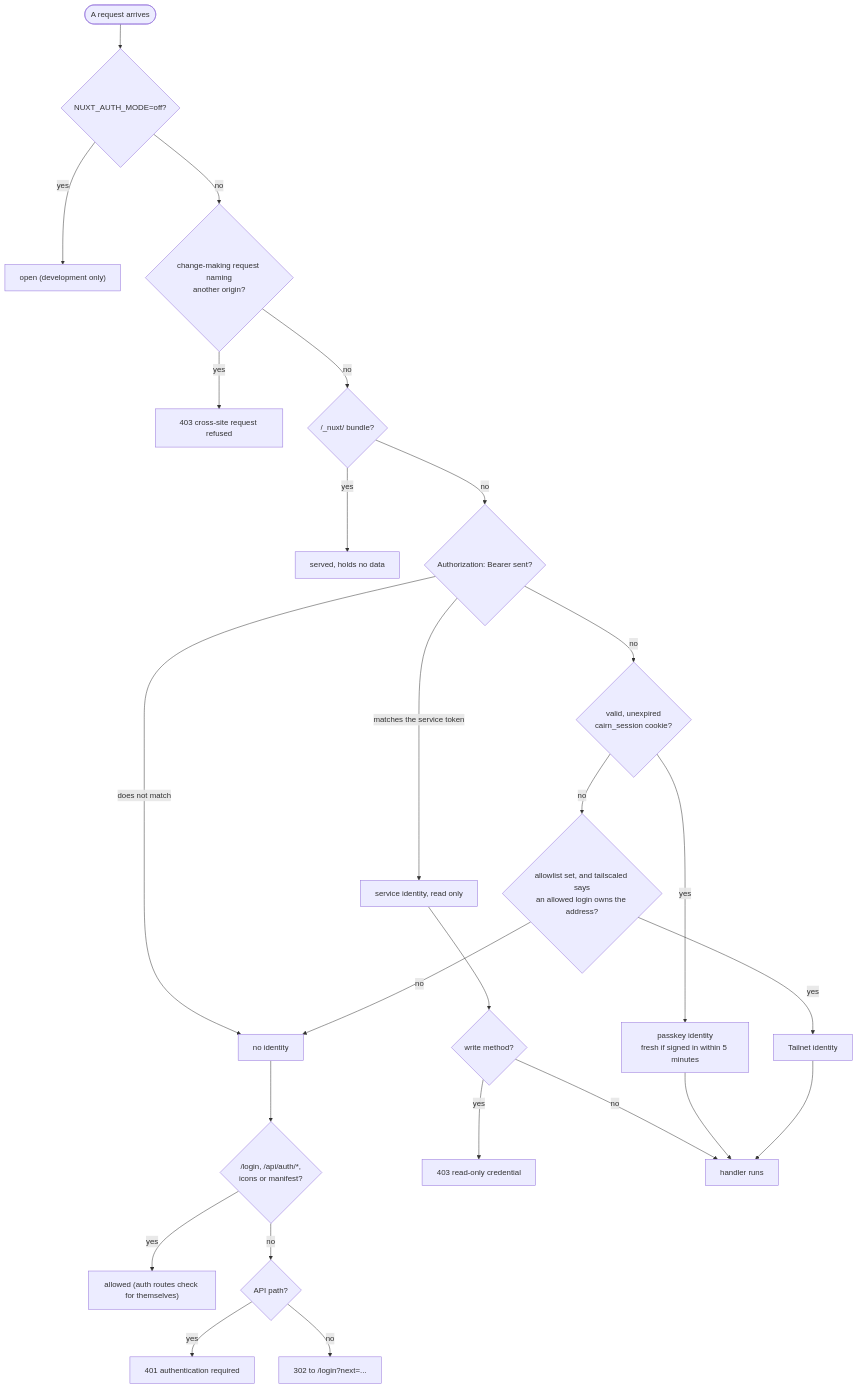
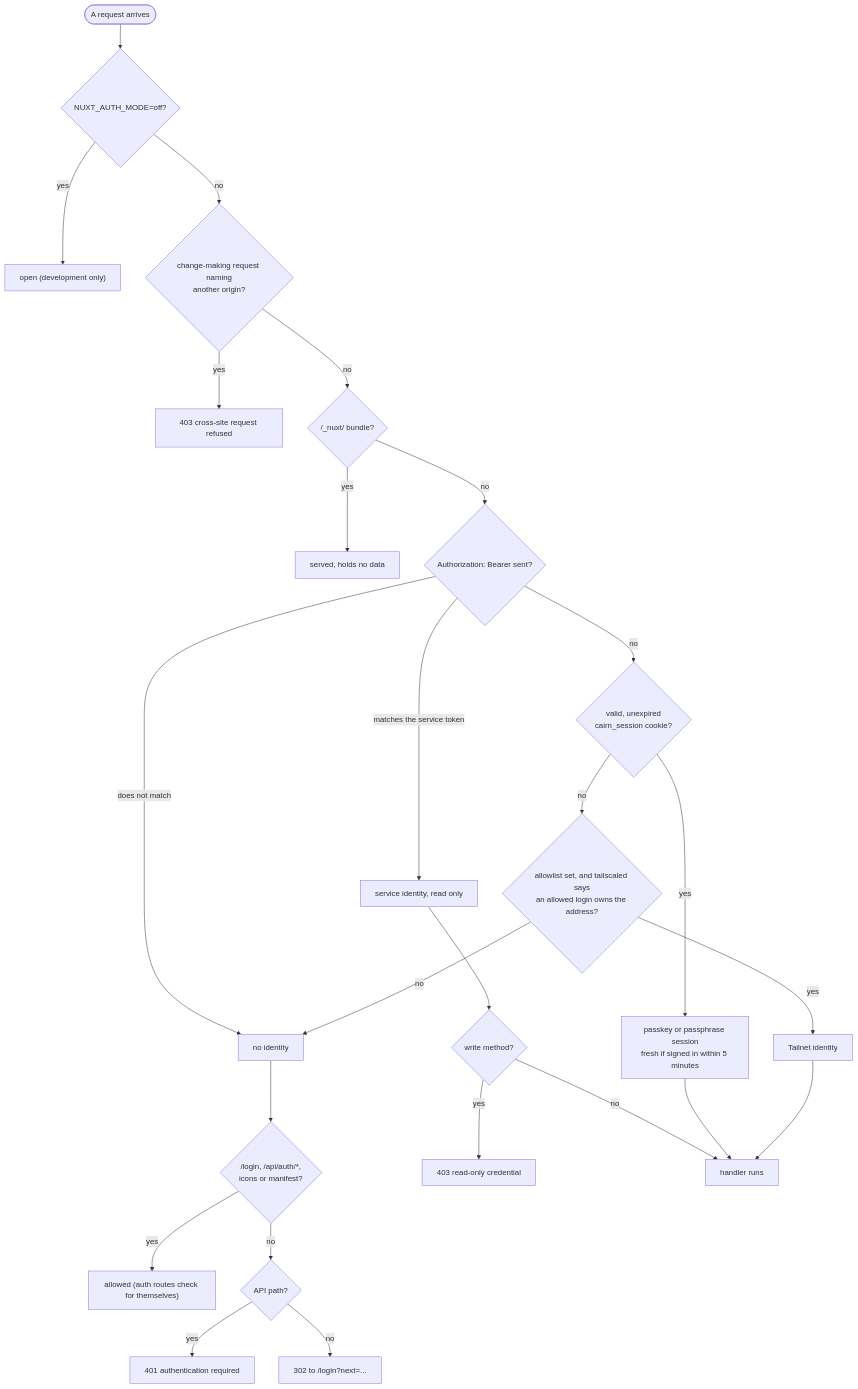
One commit to ParkWardRR/cairn-vehicle-web-dashboard changed the second of 7 diagrams in README.md. Above: the diagram before and after it, drawn with Mermaid. The commit also changed other lines of this file and 2 other files, not shown here.

First line of the commit message:
docs: trips not boots, trusted fixes, one clock across boots, and passphrase sign-in

````diff
--- a/README.md
+++ b/README.md
@@ -191,27 +211,27 @@
 ```mermaid
 flowchart TD
     A([A request arrives]) --> O{"NUXT_AUTH_MODE=off?"}
     O -->|yes| OPEN["open (development only)"]
     O -->|no| CS{"change-making request naming<br/>another origin?"}
     CS -->|yes| X403["403 cross-site request refused"]
     CS -->|no| ST{"/_nuxt/ bundle?"}
     ST -->|yes| PASS["served, holds no data"]
     ST -->|no| BR{"Authorization: Bearer sent?"}
     BR -->|"matches the service token"| SVC["service identity, read only"]
     BR -->|"does not match"| NONE
     BR -->|no| CK{"valid, unexpired<br/>cairn_session cookie?"}
-    CK -->|yes| PK["passkey identity<br/>fresh if signed in within 5 minutes"]
+    CK -->|yes| PK["passkey or passphrase session<br/>fresh if signed in within 5 minutes"]
     CK -->|no| TN{"allowlist set, and tailscaled says<br/>an allowed login owns the address?"}
     TN -->|yes| TID["Tailnet identity"]
     TN -->|no| NONE["no identity"]
     NONE --> PUB{"/login, /api/auth/*,<br/>icons or manifest?"}
     PUB -->|yes| ALLOW["allowed (auth routes check for themselves)"]
     PUB -->|no| API{"API path?"}
     API -->|yes| R401["401 authentication required"]
     API -->|no| REDIR["302 to /login?next=..."]
     SVC --> W{"write method?"}
     W -->|yes| R403["403 read-only credential"]
     W -->|no| OK["handler runs"]
     PK --> OK
     TID --> OK
 ```
````
